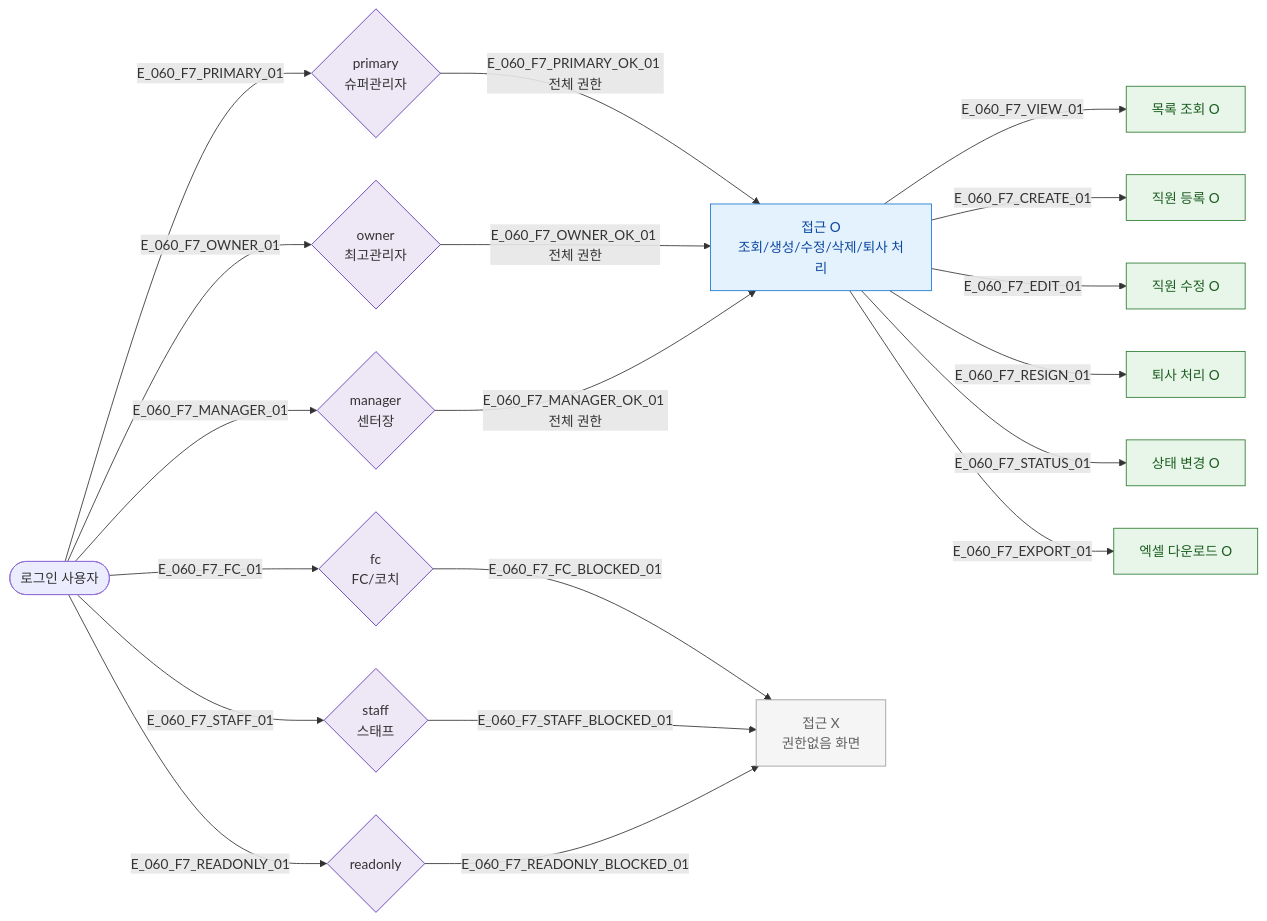
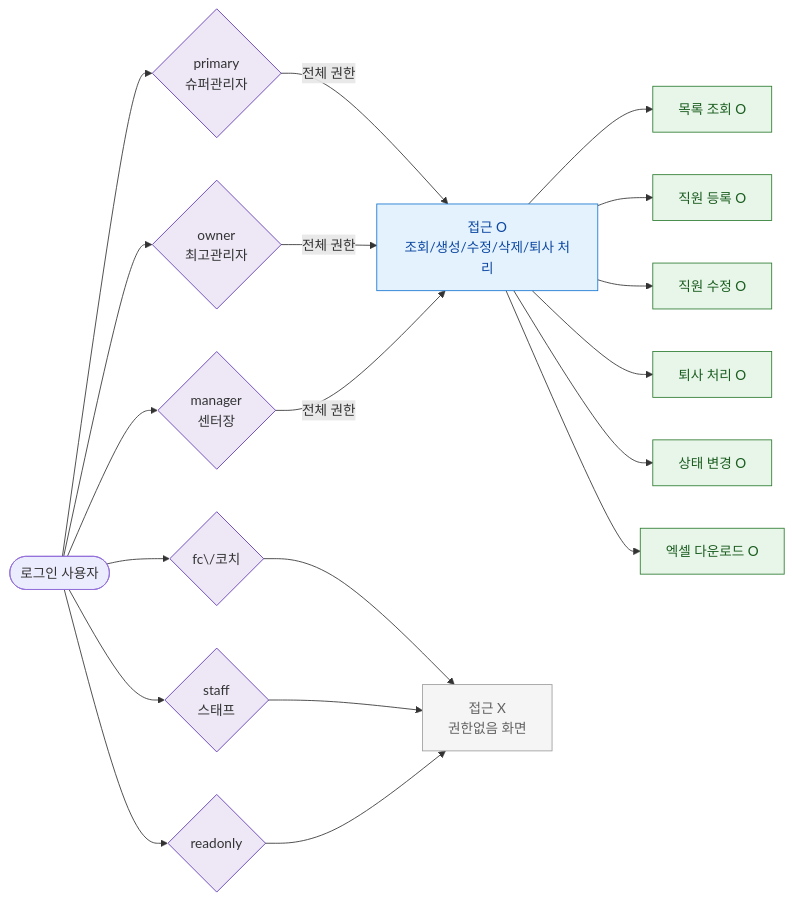
One commit to dev-spogym/admin-pando changed the diagram in docs/다이어그램/D07_직원관리/SCR-060_직원목록/F7_권한분기.md. Above: the diagram before and after it, drawn with Mermaid. The commit also changed other lines of this file and 1660 other files, not shown here.

First line of the commit message:
다이어그램: 기획자/클라이언트 납품본으로 정리

````diff
--- a/docs/다이어그램/D07_직원관리/SCR-060_직원목록/F7_권한분기.md
+++ b/docs/다이어그램/D07_직원관리/SCR-060_직원목록/F7_권한분기.md
@@ -22,36 +20,36 @@
 ```mermaid
 flowchart LR
   USER([로그인 사용자])
 
-  USER -->|E_060_F7_PRIMARY_01| ROLE_PRIMARY{primary\n슈퍼관리자}
-  USER -->|E_060_F7_OWNER_01| ROLE_OWNER{owner\n최고관리자}
-  USER -->|E_060_F7_MANAGER_01| ROLE_MANAGER{manager\n센터장}
-  USER -->|E_060_F7_FC_01| ROLE_FC{fc\nFC/코치}
-  USER -->|E_060_F7_STAFF_01| ROLE_STAFF{staff\n스태프}
-  USER -->|E_060_F7_READONLY_01| ROLE_READONLY{readonly}
+  USER --> ROLE_PRIMARY{primary\n슈퍼관리자}
+  USER --> ROLE_OWNER{owner\n최고관리자}
+  USER --> ROLE_MANAGER{manager\n센터장}
+  USER --> ROLE_FC{fc\/코치}
+  USER --> ROLE_STAFF{staff\n스태프}
+  USER --> ROLE_READONLY{readonly}
 
-  ROLE_PRIMARY -->|E_060_F7_PRIMARY_OK_01 전체 권한| ACCESS_FULL[접근 O\n조회/생성/수정/삭제/퇴사 처리]
-  ROLE_OWNER -->|E_060_F7_OWNER_OK_01 전체 권한| ACCESS_FULL
-  ROLE_MANAGER -->|E_060_F7_MANAGER_OK_01 전체 권한| ACCESS_FULL
+  ROLE_PRIMARY -->|전체 권한|ACCESS_FULL[접근 O\n조회/생성/수정/삭제/퇴사 처리]
+  ROLE_OWNER -->|전체 권한|ACCESS_FULL
+  ROLE_MANAGER -->|전체 권한|ACCESS_FULL
 
-  ROLE_FC -->|E_060_F7_FC_BLOCKED_01| BLOCKED[접근 X\n권한없음 화면]
-  ROLE_STAFF -->|E_060_F7_STAFF_BLOCKED_01| BLOCKED
-  ROLE_READONLY -->|E_060_F7_READONLY_BLOCKED_01| BLOCKED
+  ROLE_FC --> BLOCKED[접근 X\n권한없음 화면]
+  ROLE_STAFF --> BLOCKED
+  ROLE_READONLY --> BLOCKED
 
-  ACCESS_FULL -->|E_060_F7_VIEW_01| ACT_VIEW[목록 조회 O]
-  ACCESS_FULL -->|E_060_F7_CREATE_01| ACT_CREATE[직원 등록 O]
-  ACCESS_FULL -->|E_060_F7_EDIT_01| ACT_EDIT[직원 수정 O]
-  ACCESS_FULL -->|E_060_F7_RESIGN_01| ACT_RESIGN[퇴사 처리 O]
-  ACCESS_FULL -->|E_060_F7_STATUS_01| ACT_STATUS[상태 변경 O]
-  ACCESS_FULL -->|E_060_F7_EXPORT_01| ACT_EXPORT[엑셀 다운로드 O]
+  ACCESS_FULL --> ACT_VIEW[목록 조회 O]
+  ACCESS_FULL --> ACT_CREATE[직원 등록 O]
+  ACCESS_FULL --> ACT_EDIT[직원 수정 O]
+  ACCESS_FULL --> ACT_RESIGN[퇴사 처리 O]
+  ACCESS_FULL --> ACT_STATUS[상태 변경 O]
+  ACCESS_FULL --> ACT_EXPORT[엑셀 다운로드 O]
 
-  classDef screen      fill:#E3F2FD,stroke:#1976D2,color:#0D47A1
+  classDef screen fill:#E3F2FD,stroke:#1976D2,color:#0D47A1
   classDef rbacBlocked fill:#F5F5F5,stroke:#9E9E9E,color:#616161
-  classDef success     fill:#E8F5E9,stroke:#2E7D32,color:#1B5E20
-  classDef system      fill:#EDE7F6,stroke:#5E35B2
+  classDef success fill:#E8F5E9,stroke:#2E7D32,color:#1B5E20
+  classDef system fill:#EDE7F6,stroke:#5E35B2
 
   class ACCESS_FULL screen
   class BLOCKED rbacBlocked
   class ACT_VIEW,ACT_CREATE,ACT_EDIT,ACT_RESIGN,ACT_STATUS,ACT_EXPORT success
   class ROLE_PRIMARY,ROLE_OWNER,ROLE_MANAGER,ROLE_FC,ROLE_STAFF,ROLE_READONLY system
 ```
````
